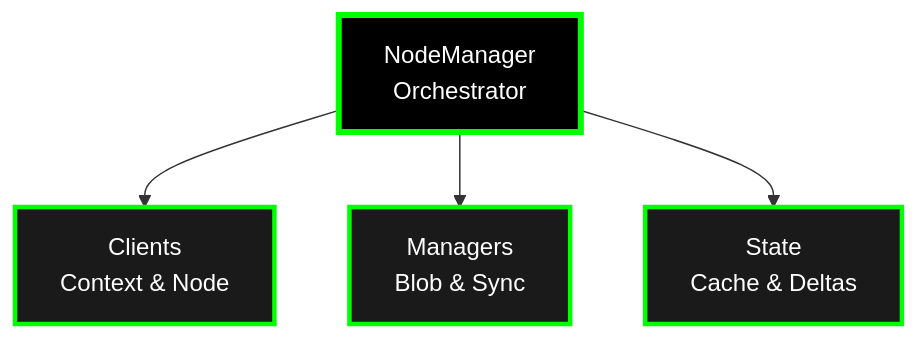
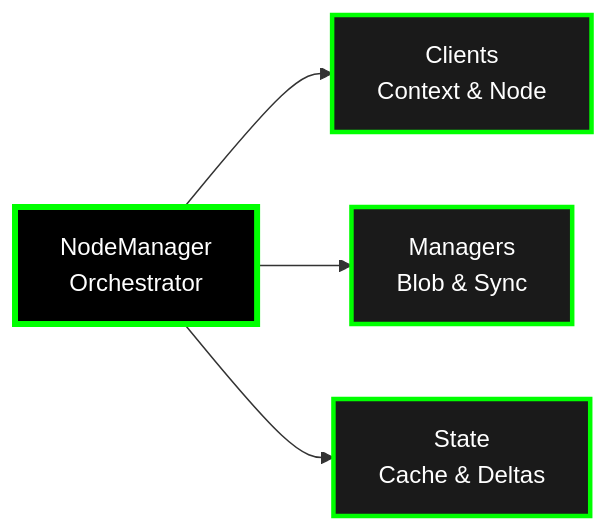
The diagram in docs/core-concepts/nodes.md (calimero-network/docs), drawn with Mermaid before and after one commit. The commit also changed 6 other files, not shown here.

````diff
--- a/docs/core-concepts/nodes.md
+++ b/docs/core-concepts/nodes.md
@@ -36,11 +36,11 @@
 ```mermaid
-flowchart TD
+flowchart LR
     MGR[NodeManager<br/>Orchestrator] --> CLIENTS[Clients<br/>Context & Node]
     MGR --> MANAGERS[Managers<br/>Blob & Sync]
     MGR --> STATE[State<br/>Cache & Deltas]
     
     style MGR fill:#000000,stroke:#00ff00,stroke-width:4px,color:#ffffff
     style CLIENTS fill:#1a1a1a,stroke:#00ff00,stroke-width:3px,color:#ffffff
     style MANAGERS fill:#1a1a1a,stroke:#00ff00,stroke-width:3px,color:#ffffff
     style STATE fill:#1a1a1a,stroke:#00ff00,stroke-width:3px,color:#ffffff
 ```
````
